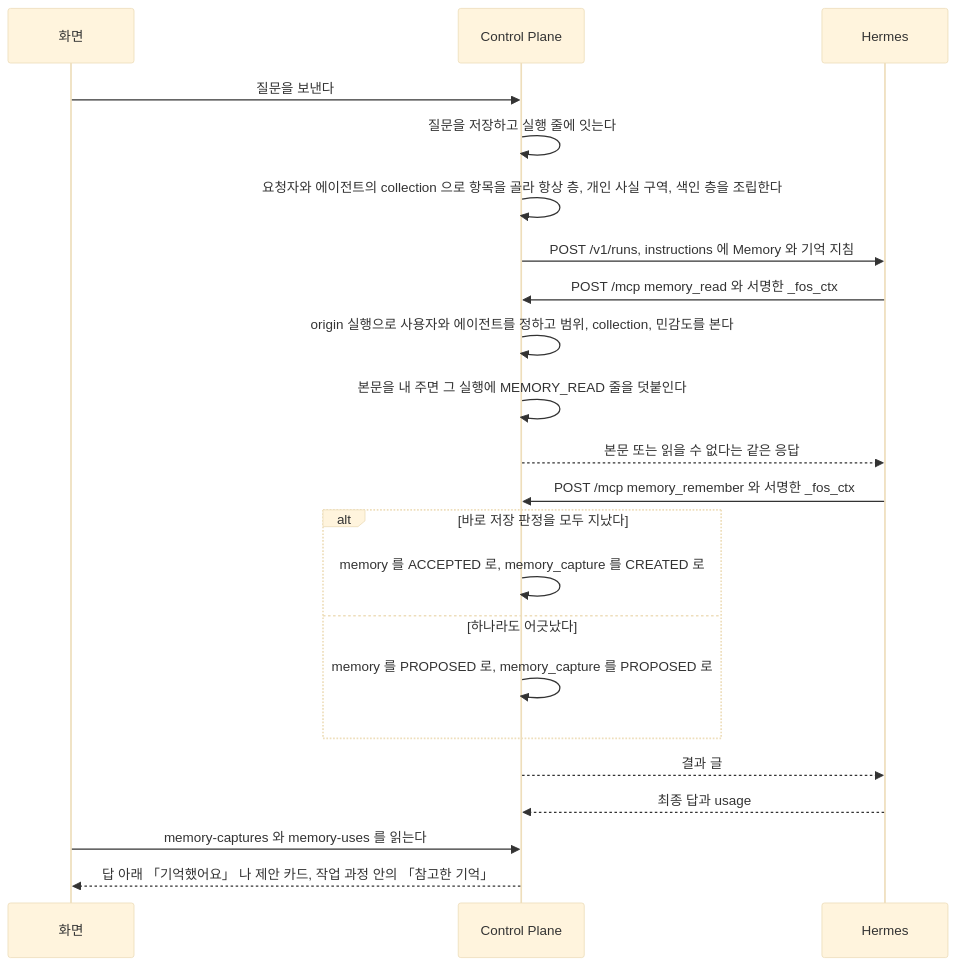
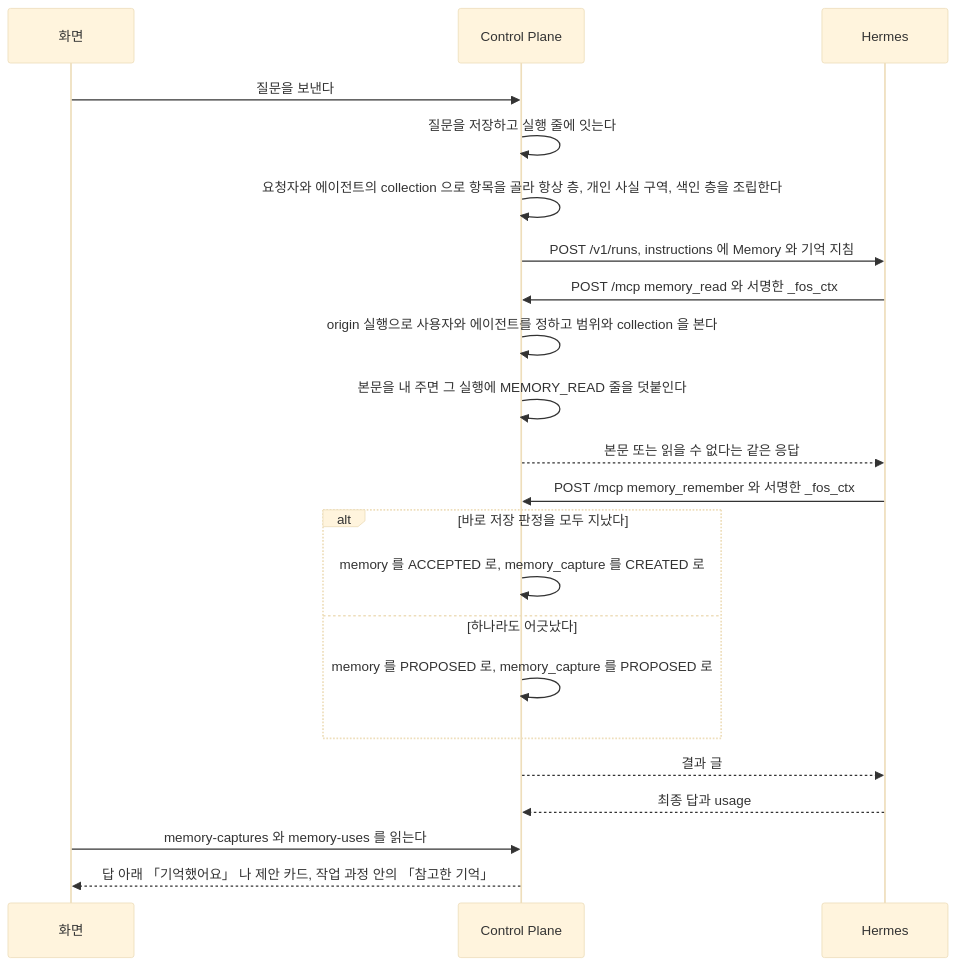
Before and after one commit to jon890/fos-assistant: the second of 2 diagrams in docs/features/memory.md, drawn with Mermaid (base theme). The commit also changed other lines of this file and 100 other files, not shown here.

````diff
--- a/docs/features/memory.md
+++ b/docs/features/memory.md
@@ -131,25 +130,25 @@
 ```mermaid
 sequenceDiagram
     participant W as 화면
     participant C as Control Plane
     participant H as Hermes
 
     W->>C: 질문을 보낸다
     C->>C: 질문을 저장하고 실행 줄에 잇는다
     C->>C: 요청자와 에이전트의 collection 으로 항목을 골라 항상 층, 개인 사실 구역, 색인 층을 조립한다
     C->>H: POST /v1/runs, instructions 에 Memory 와 기억 지침
     H->>C: POST /mcp memory_read 와 서명한 _fos_ctx
-    C->>C: origin 실행으로 사용자와 에이전트를 정하고 범위, collection, 민감도를 본다
+    C->>C: origin 실행으로 사용자와 에이전트를 정하고 범위와 collection 을 본다
     C->>C: 본문을 내 주면 그 실행에 MEMORY_READ 줄을 덧붙인다
     C-->>H: 본문 또는 읽을 수 없다는 같은 응답
     H->>C: POST /mcp memory_remember 와 서명한 _fos_ctx
     alt 바로 저장 판정을 모두 지났다
         C->>C: memory 를 ACCEPTED 로, memory_capture 를 CREATED 로
     else 하나라도 어긋났다
         C->>C: memory 를 PROPOSED 로, memory_capture 를 PROPOSED 로
     end
     C-->>H: 결과 글
     H-->>C: 최종 답과 usage
     W->>C: memory-captures 와 memory-uses 를 읽는다
     C-->>W: 답 아래 「기억했어요」 나 제안 카드, 작업 과정 안의 「참고한 기억」
 ```
````
